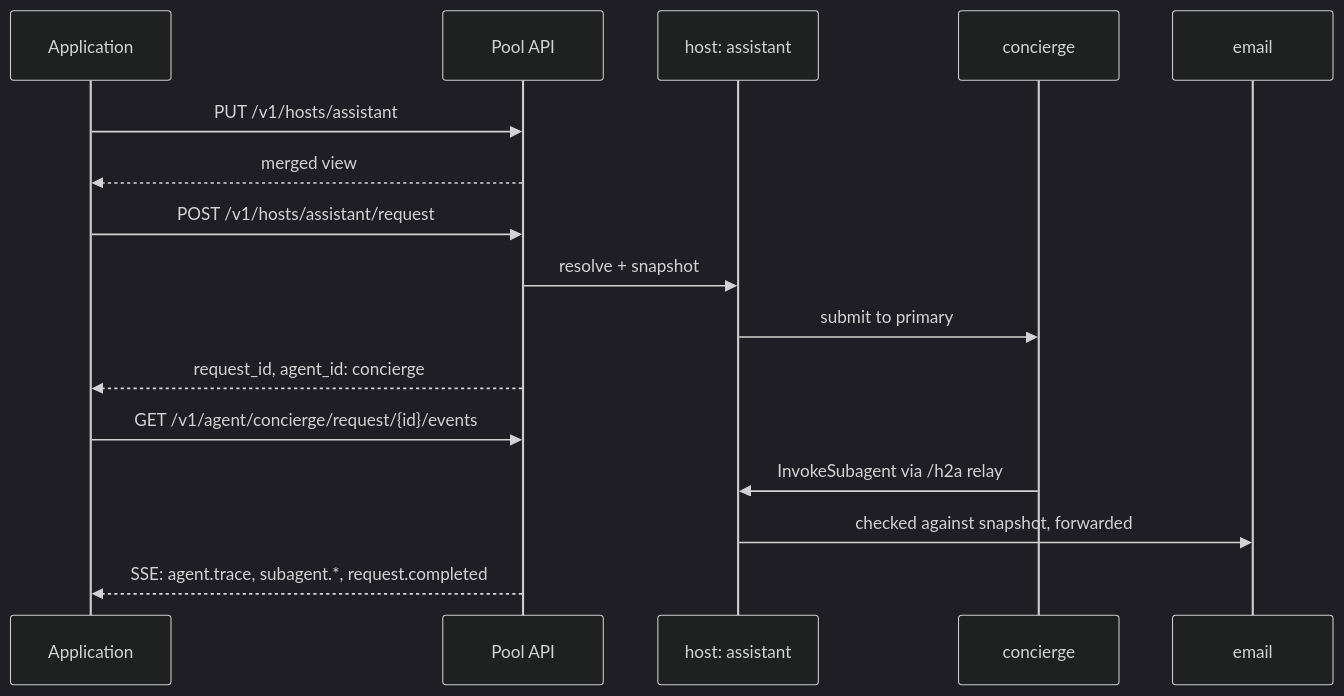
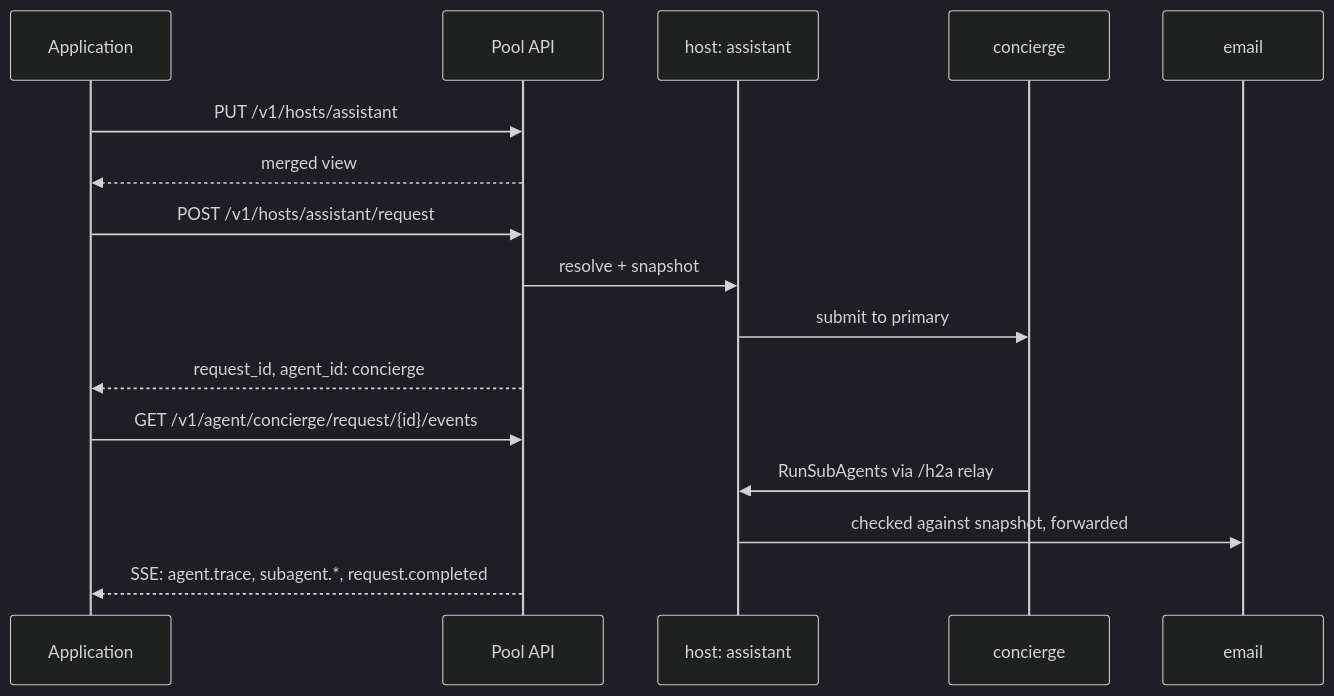
Before and after one commit to imsid/mashpy: the diagram in docs/posts/building-dynamic-hosts-apis.md, drawn with Mermaid (dark theme). The commit also changed other lines of this file and 70 other files, not shown here.

First line of the commit message:
feat(runtime)!: run requests in the background and split work with RunSubAgents (#254)

````diff
--- a/docs/posts/building-dynamic-hosts-apis.md
+++ b/docs/posts/building-dynamic-hosts-apis.md
@@ -182,19 +182,19 @@
 ```mermaid
 sequenceDiagram
     participant App as Application
     participant API as Pool API
     participant H as host: assistant
     participant C as concierge
     participant E as email
 
     App->>API: PUT /v1/hosts/assistant
     API-->>App: merged view
     App->>API: POST /v1/hosts/assistant/request
     API->>H: resolve + snapshot
     H->>C: submit to primary
     API-->>App: request_id, agent_id: concierge
     App->>API: GET /v1/agent/concierge/request/{id}/events
-    C->>H: InvokeSubagent via /h2a relay
+    C->>H: RunSubAgents via /h2a relay
     H->>E: checked against snapshot, forwarded
     API-->>App: SSE: agent.trace, subagent.*, request.completed
 ```
````
